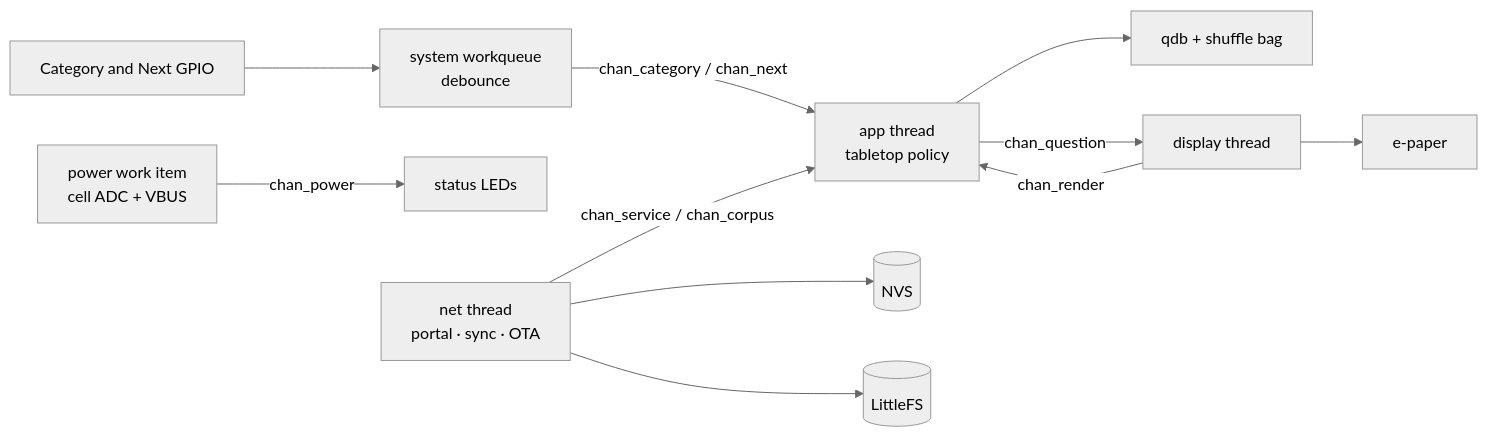
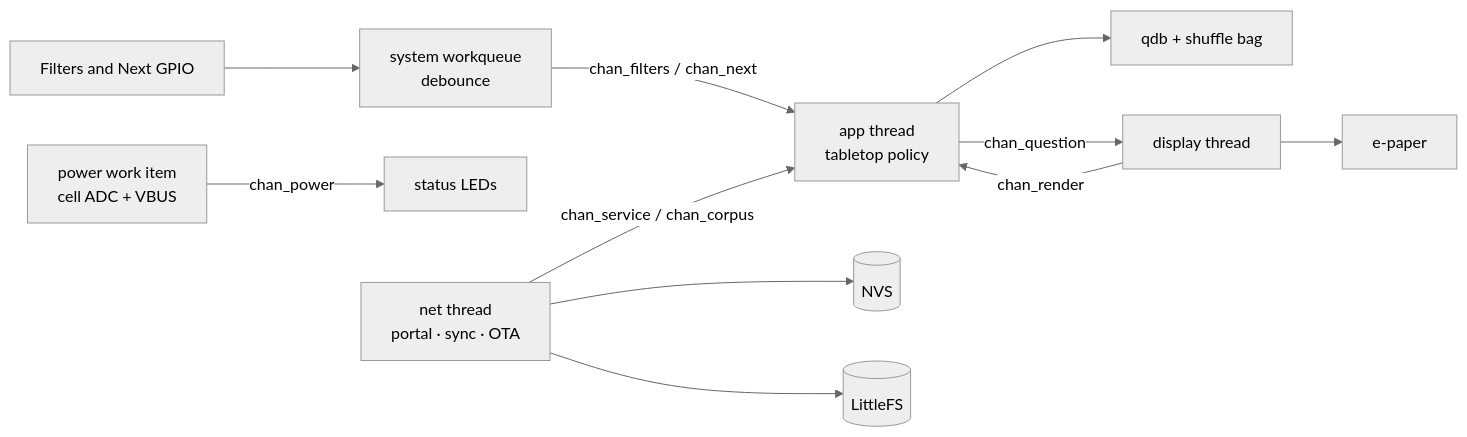
The first of 8 diagrams in docs/firmware_architecture.md (giacomomellone/cicala), drawn with Mermaid (neutral theme) before and after one commit. The commit also changed other lines of this file and 102 other files, not shown here.

````diff
--- a/docs/firmware_architecture.md
+++ b/docs/firmware_architecture.md
@@ -30,14 +30,14 @@
 ```mermaid
 flowchart LR
-    GPIO[Category and Next GPIO] --> WQ[system workqueue<br/>debounce]
-    WQ -->|chan_category / chan_next| APP[app thread<br/>tabletop policy]
+    GPIO[Filters and Next GPIO] --> WQ[system workqueue<br/>debounce]
+    WQ -->|chan_filters / chan_next| APP[app thread<br/>tabletop policy]
     APP --> QDB[qdb + shuffle bag]
     APP -->|chan_question| DISPLAY[display thread]
     DISPLAY --> PANEL[e-paper]
     DISPLAY -->|chan_render| APP
 
     POWER[power work item<br/>cell ADC + VBUS] -->|chan_power| STATUS[status LEDs]
     NET[net thread<br/>portal · sync · OTA] -->|chan_service / chan_corpus| APP
     NET --> NVS[(NVS)]
     NET --> LFS[(LittleFS)]
 ```
````
